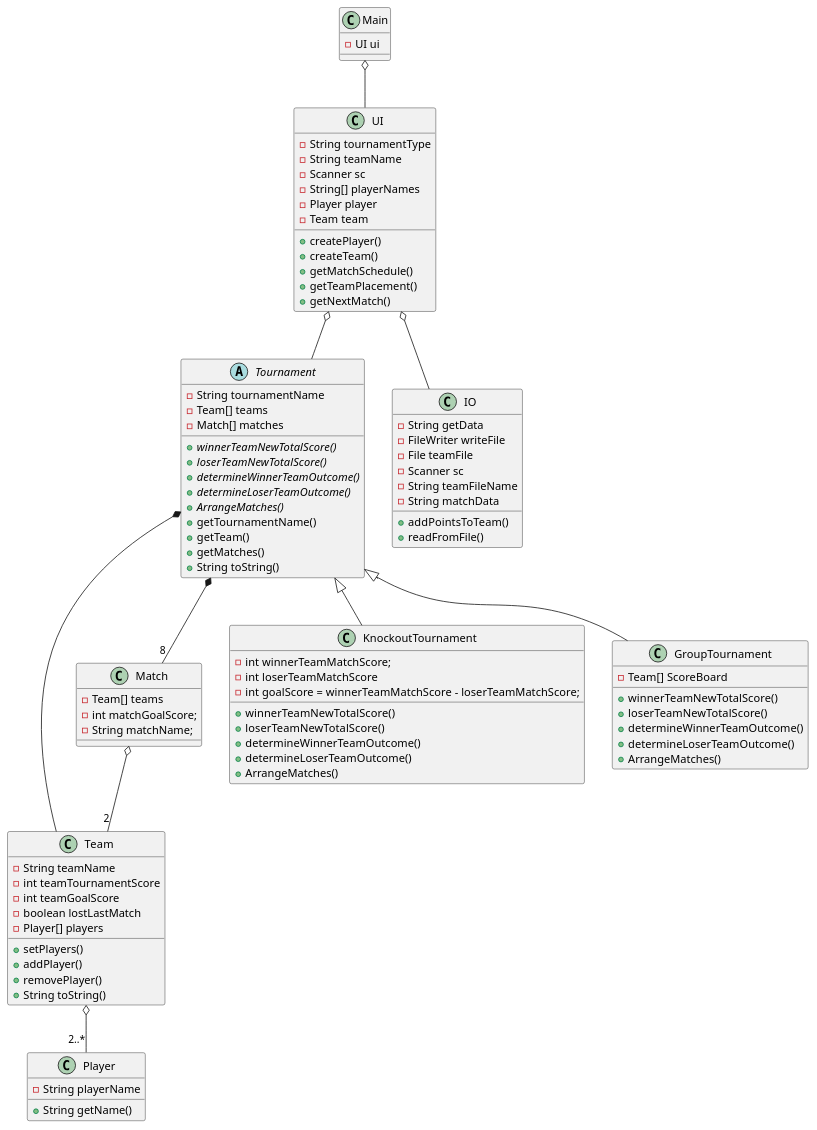
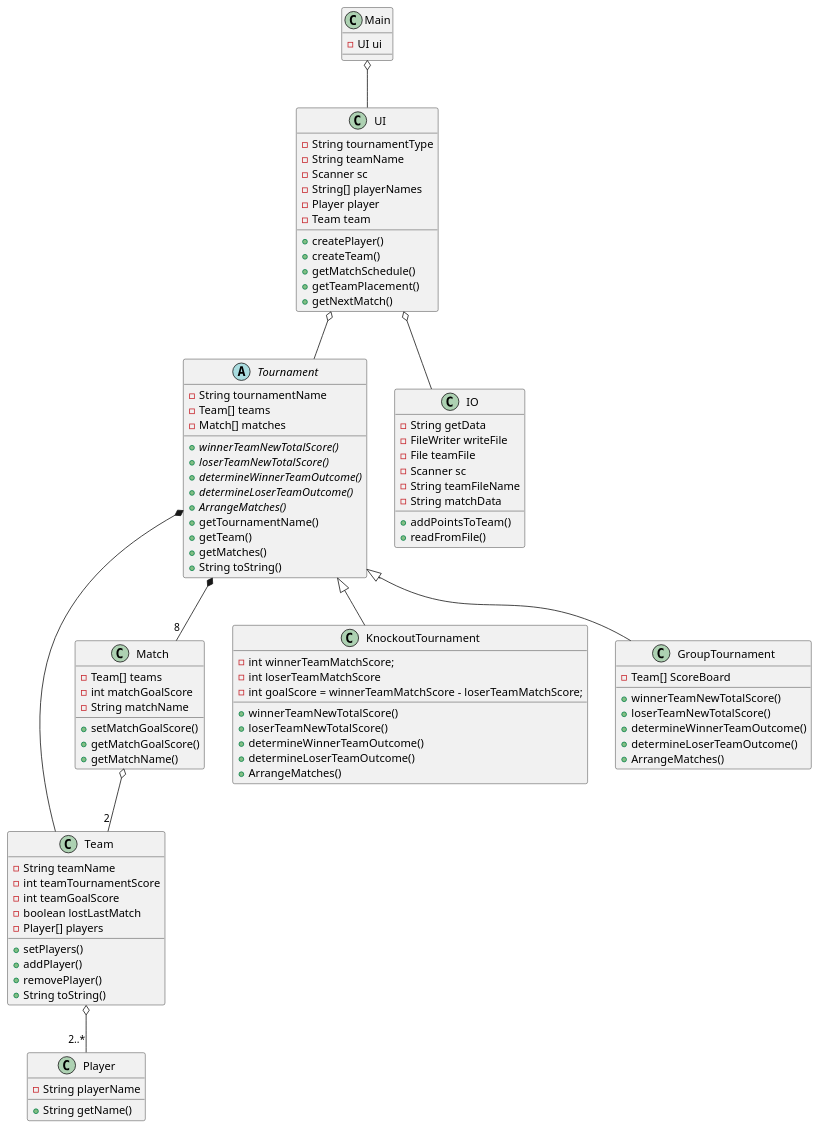
One commit to DeRp-DaWg/SP3 changed the diagram in doc/Class.puml. Above: the diagram before and after it, drawn with PlantUML. The commit also changed 1 other file, not shown here.

```diff
--- a/doc/Class.puml
+++ b/doc/Class.puml
@@ -1,101 +1,105 @@
 @startuml
 'https://plantuml.com/class-diagram
 
 class Main{
 -UI ui
 }
 
 class Player {
 -String playerName
 +String getName()
 }
 
 class Team {
 -String teamName
 -int teamTournamentScore
 -int teamGoalScore
 -boolean lostLastMatch
 -Player[] players
 +setPlayers()
 +addPlayer()
 +removePlayer()
 +String toString()
 }
 
 class Match{
 -Team[] teams
--int matchGoalScore;
--String matchName;
+-int matchGoalScore
+-String matchName
+
++setMatchGoalScore()
++getMatchGoalScore()
++getMatchName()
 }
 
 abstract Tournament {
 -String tournamentName
 -Team[] teams
 -Match[] matches
 +{abstract}winnerTeamNewTotalScore()
 +{abstract}loserTeamNewTotalScore()
 +{abstract}determineWinnerTeamOutcome()
 +{abstract}determineLoserTeamOutcome()
 +{abstract}ArrangeMatches()
 +getTournamentName()
 +getTeam()
 +getMatches()
 +String toString()
 }
 
 class KnockoutTournament{
 -int winnerTeamMatchScore;
 -int loserTeamMatchScore
 -int goalScore = winnerTeamMatchScore - loserTeamMatchScore;
 +winnerTeamNewTotalScore()
 +loserTeamNewTotalScore()
 +determineWinnerTeamOutcome()
 +determineLoserTeamOutcome()
 +ArrangeMatches()
 }
 
 class GroupTournament{
 -Team[] ScoreBoard
 +winnerTeamNewTotalScore()
 +loserTeamNewTotalScore()
 +determineWinnerTeamOutcome()
 +determineLoserTeamOutcome()
 +ArrangeMatches()
 }
 
 class UI {
 -String tournamentType
 -String teamName
 -Scanner sc
 -String[] playerNames
 -Player player
 -Team team
 +createPlayer()
 +createTeam()
 +getMatchSchedule()
 +getTeamPlacement()
 +getNextMatch()
 }
 
 class IO {
 -String getData
 -FileWriter writeFile
 -File teamFile
 -Scanner sc
 -String teamFileName
 -String matchData
 +addPointsToTeam()
 +readFromFile()
 }
 
 
 UI o-- Tournament
 UI o-- IO
 Tournament *-- "8" Match
 Tournament *-- Team
 Match o-- "2" Team
 Team o-- "2..*" Player
 Tournament <|-- KnockoutTournament
 Tournament <|-- GroupTournament
 Main o-- UI
 @enduml
```
